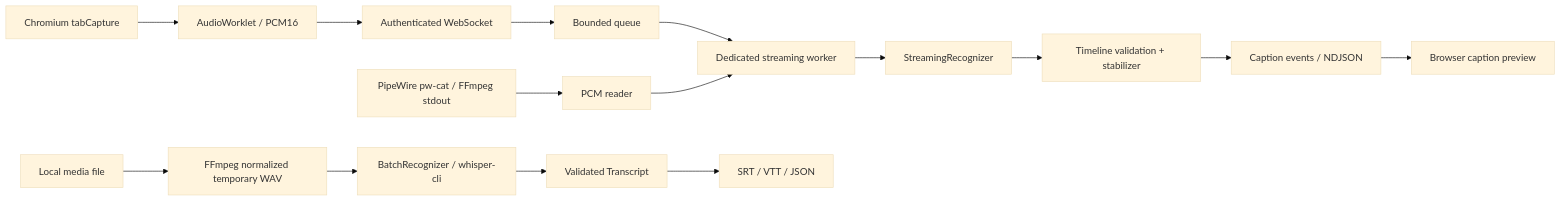
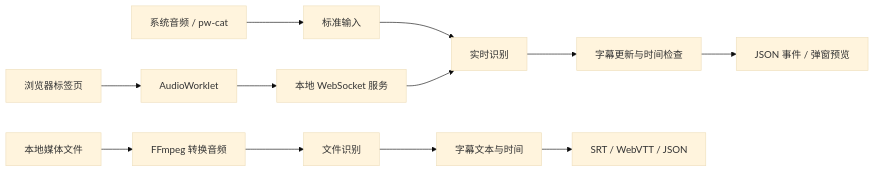
Before and after one commit to AkiraLyu/substream: the diagram in docs/architecture.md, drawn with Mermaid (base theme). The commit also changed other lines of this file and 23 other files, not shown here.

````diff
--- a/docs/architecture.md
+++ b/docs/architecture.md
@@ -32,17 +20,14 @@
 ```mermaid
 flowchart LR
-    P[PipeWire pw-cat / FFmpeg stdout] --> R[PCM reader]
-    B[Chromium tabCapture] --> W[AudioWorklet / PCM16]
-    W --> I[Authenticated WebSocket]
-    I --> Q[Bounded queue]
-    Q --> S[Dedicated streaming worker]
-    R --> S
-    S --> A[StreamingRecognizer]
-    A --> C[Timeline validation + stabilizer]
-    C --> E[Caption events / NDJSON]
-    E --> U[Browser caption preview]
-    F[Local media file] --> D[FFmpeg normalized temporary WAV]
-    D --> O[BatchRecognizer / whisper-cli]
-    O --> T[Validated Transcript]
-    T --> X[SRT / VTT / JSON]
+    P[系统音频 / pw-cat] --> R[标准输入]
+    B[浏览器标签页] --> W[AudioWorklet]
+    W --> N[本地 WebSocket 服务]
+    R --> S[实时识别]
+    N --> S
+    S --> C[字幕更新与时间检查]
+    C --> U[JSON 事件 / 弹窗预览]
+    F[本地媒体文件] --> D[FFmpeg 转换音频]
+    D --> O[文件识别]
+    O --> T[字幕文本与时间]
+    T --> X[SRT / WebVTT / JSON]
 ```
````
